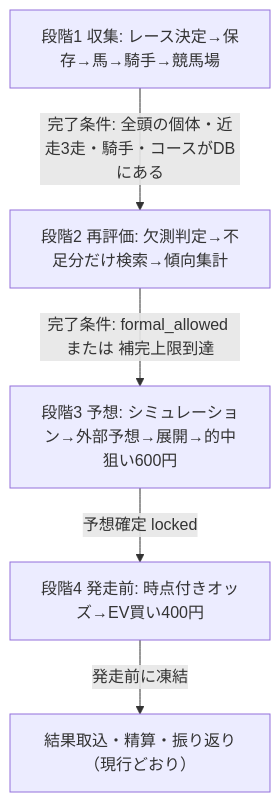
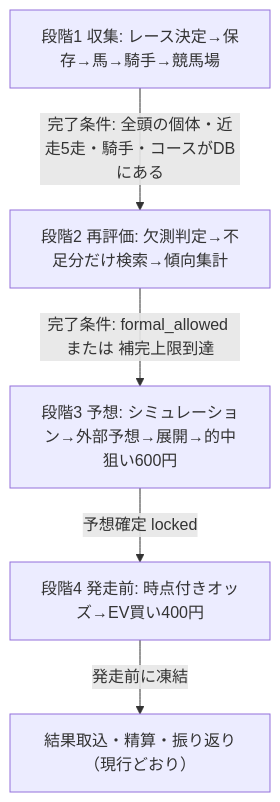
One commit to Soso2e/TurfLab changed the diagram in docs/race-flow-v2.md. Above: the diagram before and after it, drawn with Mermaid. The commit also changed other lines of this file and 35 other files, not shown here.

````diff
--- a/docs/race-flow-v2.md
+++ b/docs/race-flow-v2.md
@@ -16,7 +16,7 @@
 ```mermaid
 flowchart TD
-  S1[段階1 収集: レース決定→保存→馬→騎手→競馬場] -->|完了条件: 全頭の個体・近走3走・騎手・コースがDBにある| S2
+  S1[段階1 収集: レース決定→保存→馬→騎手→競馬場] -->|完了条件: 全頭の個体・近走5走・騎手・コースがDBにある| S2
   S2[段階2 再評価: 欠測判定→不足分だけ検索→傾向集計] -->|完了条件: formal_allowed または 補完上限到達| S3
   S3[段階3 予想: シミュレーション→外部予想→展開→的中狙い600円] -->|予想確定 locked| S4
   S4[段階4 発走前: 時点付きオッズ→EV買い400円] -->|発走前に凍結| R[結果取込・精算・振り返り（現行どおり）]
 ```
````
